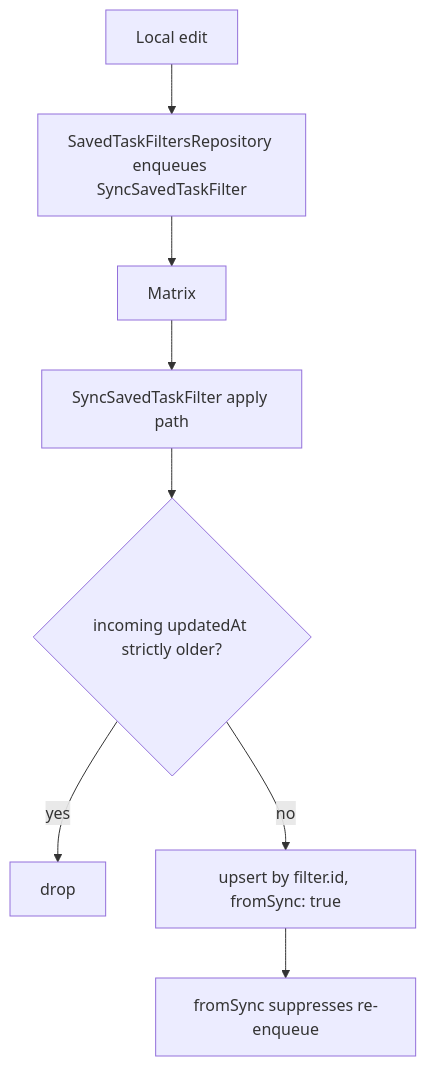
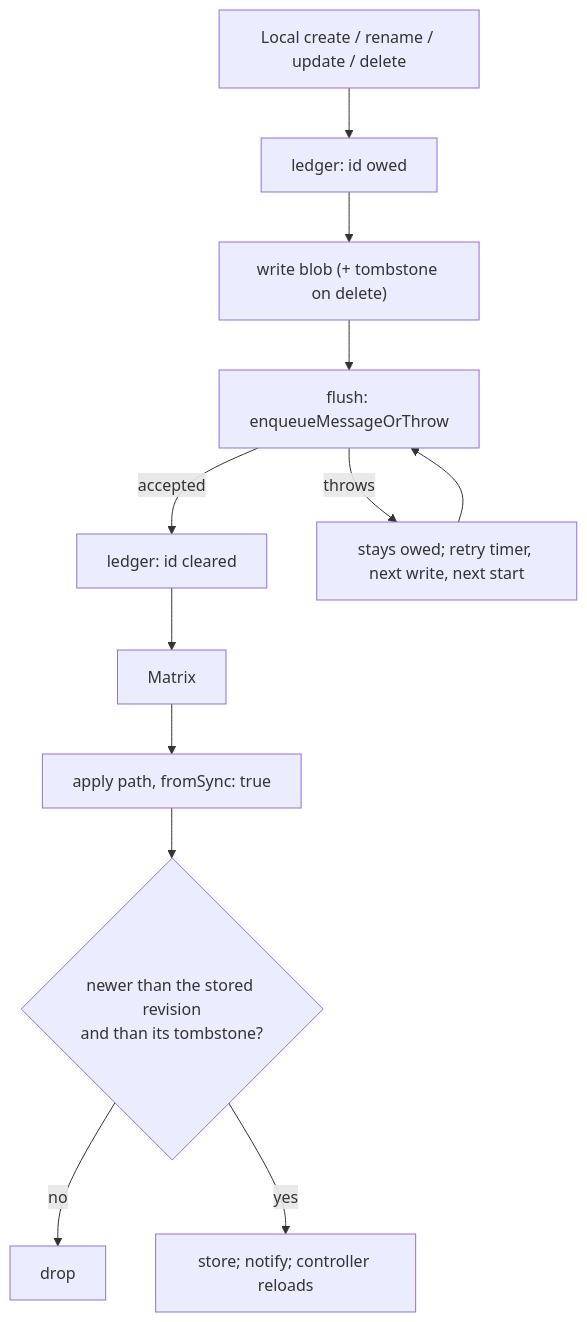
The diagram in knowledge/features/sync/message-model.md (matthiasn/lotti), drawn with Mermaid before and after one commit. The commit also changed other lines of this file and 27 other files, not shown here.

Commit message:
fix(tasks): make saved task filters reach every device (#4506)

````diff
--- a/knowledge/features/sync/message-model.md
+++ b/knowledge/features/sync/message-model.md
@@ -113,10 +126,14 @@
 ```mermaid
 flowchart TD
-  Edit["Local edit"] --> Enqueue["SavedTaskFiltersRepository enqueues SyncSavedTaskFilter"]
-  Enqueue --> Wire["Matrix"]
-  Wire --> Apply["SyncSavedTaskFilter apply path"]
-  Apply --> LWW{"incoming updatedAt strictly older?"}
-  LWW -->|yes| Drop["drop"]
-  LWW -->|no| Upsert["upsert by filter.id, fromSync: true"]
-  Upsert --> NoEcho["fromSync suppresses re-enqueue"]
+  Edit["Local create / rename / update / delete"] --> Owe["ledger: id owed"]
+  Owe --> Write["write blob (+ tombstone on delete)"]
+  Write --> Flush["flush: enqueueMessageOrThrow"]
+  Flush -->|accepted| Clear["ledger: id cleared"]
+  Flush -->|throws| Retry["stays owed; retry timer, next write, next start"]
+  Retry --> Flush
+  Clear --> Wire["Matrix"]
+  Wire --> Apply["apply path, fromSync: true"]
+  Apply --> Order{"newer than the stored revision<br/>and than its tombstone?"}
+  Order -->|no| Drop["drop"]
+  Order -->|yes| Upsert["store; notify; controller reloads"]
 ```
````
